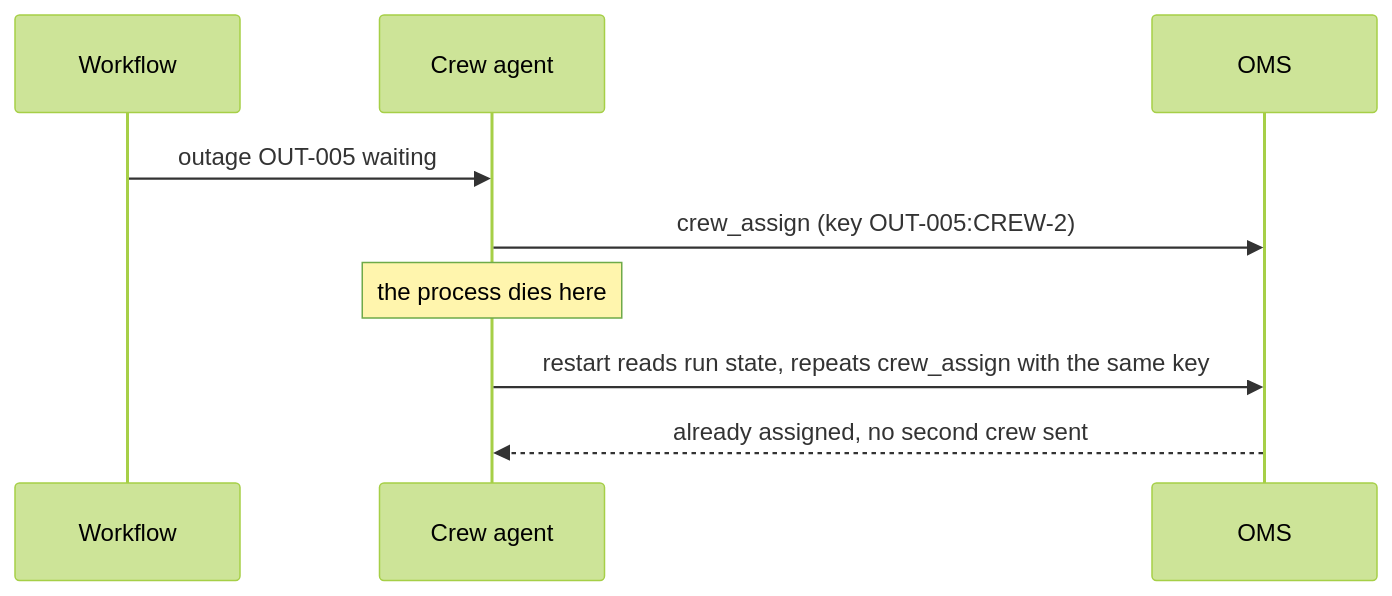
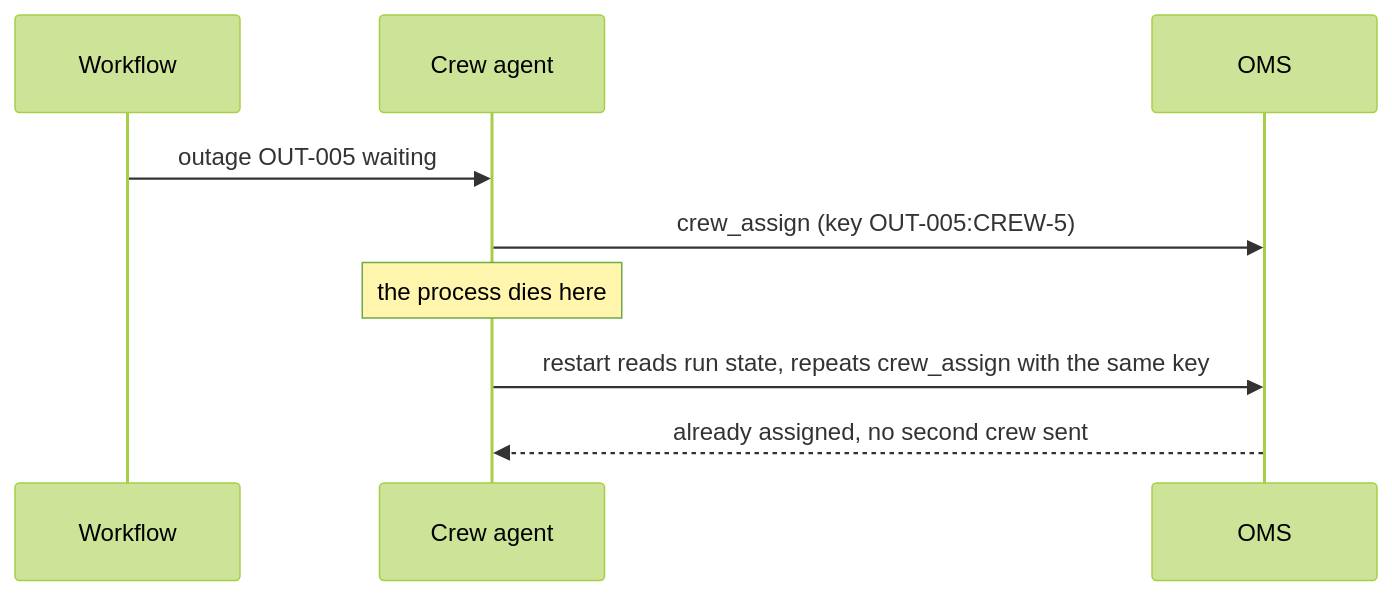
Before and after one commit to learnwithparam/agentic-system-design: the diagram in parts/03-plan-for-failure-and-cost/README.md, drawn with Mermaid (forest theme). The commit also changed other lines of this file and 30 other files, not shown here.

````diff
--- a/parts/03-plan-for-failure-and-cost/README.md
+++ b/parts/03-plan-for-failure-and-cost/README.md
@@ -22,11 +20,11 @@
 ```mermaid
 sequenceDiagram
   participant W as Workflow
   participant A as Crew agent
   participant O as OMS
   W->>A: outage OUT-005 waiting
-  A->>O: crew_assign (key OUT-005:CREW-2)
+  A->>O: crew_assign (key OUT-005:CREW-5)
   Note over A: the process dies here
   A->>O: restart reads run state, repeats crew_assign with the same key
   O-->>A: already assigned, no second crew sent
 ```
````
